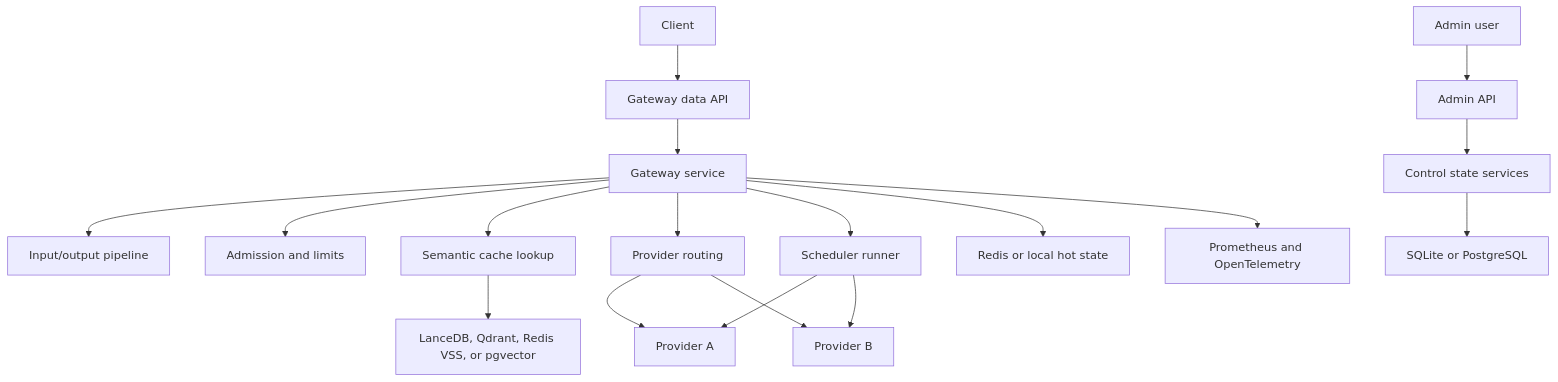
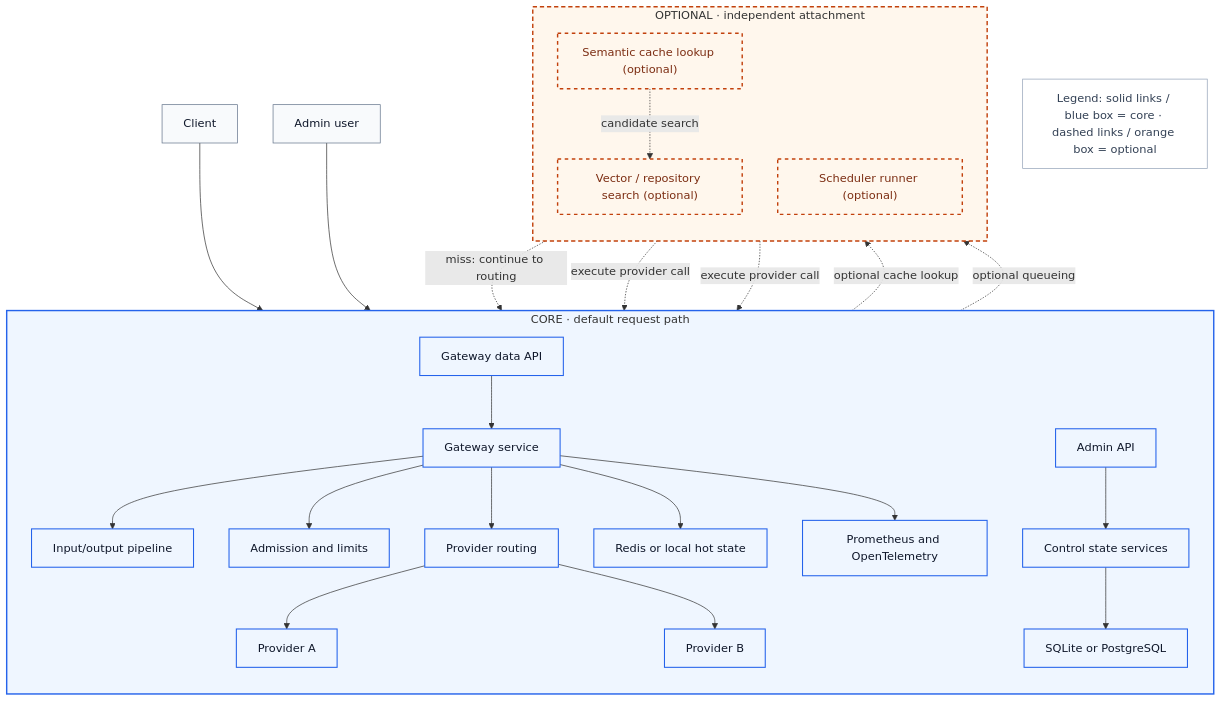
One commit to zardonc/VeloxMesh changed the third of 4 diagrams in docs/llm-latency-optimization.md. Above: the diagram before and after it, drawn with Mermaid. The commit also changed other lines of this file, not shown here.

Commit message:
docs: optimize LLM latency optimization design and architecture overview

````diff
--- a/docs/llm-latency-optimization.md
+++ b/docs/llm-latency-optimization.md
@@ -71,24 +110,49 @@
 ```mermaid
 flowchart TB
-    Client["Client"] --> DataAPI["Gateway data API"]
-    Admin["Admin user"] --> AdminAPI["Admin API"]
+    Client["Client"]
+    Admin["Admin user"]
 
-    DataAPI --> Service["Gateway service"]
-    AdminAPI --> Control["Control state services"]
+    subgraph Core["CORE · default request path"]
+        direction TB
+        DataAPI["Gateway data API"] --> Service["Gateway service"]
+        AdminAPI["Admin API"] --> Control["Control state services"]
+        Service --> Pipeline["Input/output pipeline"]
+        Service --> Admission["Admission and limits"]
+        Service --> Routing["Provider routing"]
+        Routing --> ProviderA["Provider A"]
+        Routing --> ProviderB["Provider B"]
+        Control --> DB["SQLite or PostgreSQL"]
+        Service --> HotState["Redis or local hot state"]
+        Service --> Observability["Prometheus and OpenTelemetry"]
+    end
 
-    Service --> Pipeline["Input/output pipeline"]
-    Service --> Admission["Admission and limits"]
-    Service --> CacheLookup["Semantic cache lookup"]
-    Service --> Routing["Provider routing"]
-    Service --> Scheduling["Scheduler runner"]
+    Client --> DataAPI
+    Admin --> AdminAPI
 
-    Routing --> ProviderA["Provider A"]
-    Routing --> ProviderB["Provider B"]
-    Scheduling --> ProviderA
-    Scheduling --> ProviderB
+    subgraph Optional["OPTIONAL · independent attachment"]
+        direction TB
+        CacheLookup["Semantic cache lookup (optional)"]
+        Vector["Vector / repository search (optional)"]
+        Scheduling["Scheduler runner (optional)"]
+    end
 
-    Control --> DB["SQLite or PostgreSQL"]
-    Service --> HotState["Redis or local hot state"]
-    CacheLookup --> Vector["LanceDB, Qdrant, Redis VSS, or pgvector"]
-    Service --> Observability["Prometheus and OpenTelemetry"]
+    Service -. "optional cache lookup" .-> CacheLookup
+    CacheLookup -. "candidate search" .-> Vector
+    CacheLookup -. "miss: continue to routing" .-> Routing
+    Routing -. "optional queueing" .-> Scheduling
+    Scheduling -. "execute provider call" .-> ProviderA
+    Scheduling -. "execute provider call" .-> ProviderB
+
+    Legend["Legend: solid links / blue box = core · dashed links / orange box = optional"]
+
+    classDef external fill:#f8fafc,stroke:#64748b,color:#0f172a;
+    classDef core fill:#eff6ff,stroke:#2563eb,stroke-width:1.5px,color:#0f172a;
+    classDef optional fill:#fff7ed,stroke:#c2410c,stroke-width:2px,stroke-dasharray:5 5,color:#7c2d12;
+    classDef legend fill:#ffffff,stroke:#94a3b8,color:#334155;
+    class Client,Admin external;
+    class DataAPI,AdminAPI,Service,Control,Pipeline,Admission,Routing,ProviderA,ProviderB,DB,HotState,Observability core;
+    class CacheLookup,Vector,Scheduling optional;
+    class Legend legend;
+    style Core fill:#eff6ff,stroke:#2563eb,stroke-width:2px;
+    style Optional fill:#fff7ed,stroke:#c2410c,stroke-width:2px,stroke-dasharray:6 4;
 ```
````
